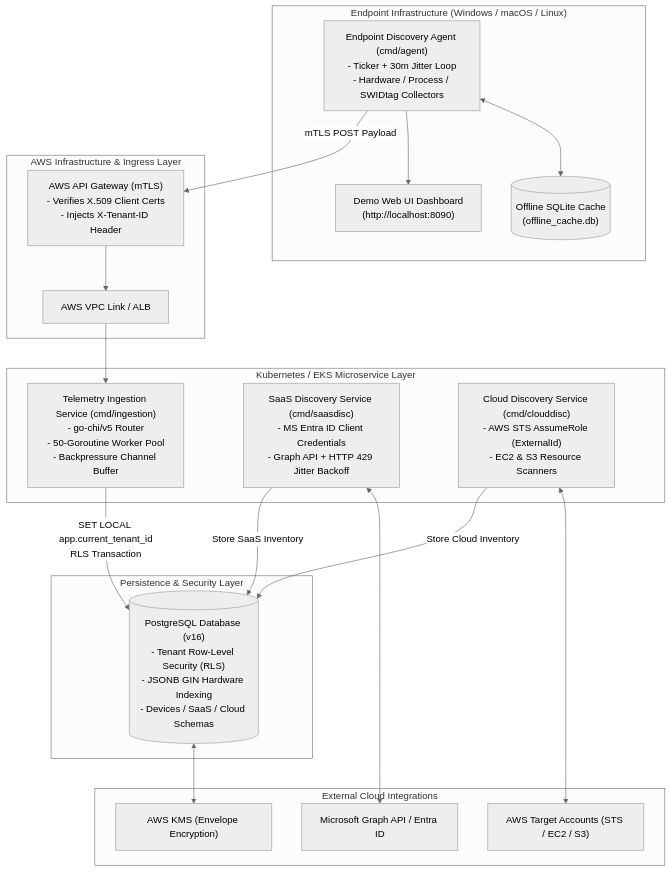
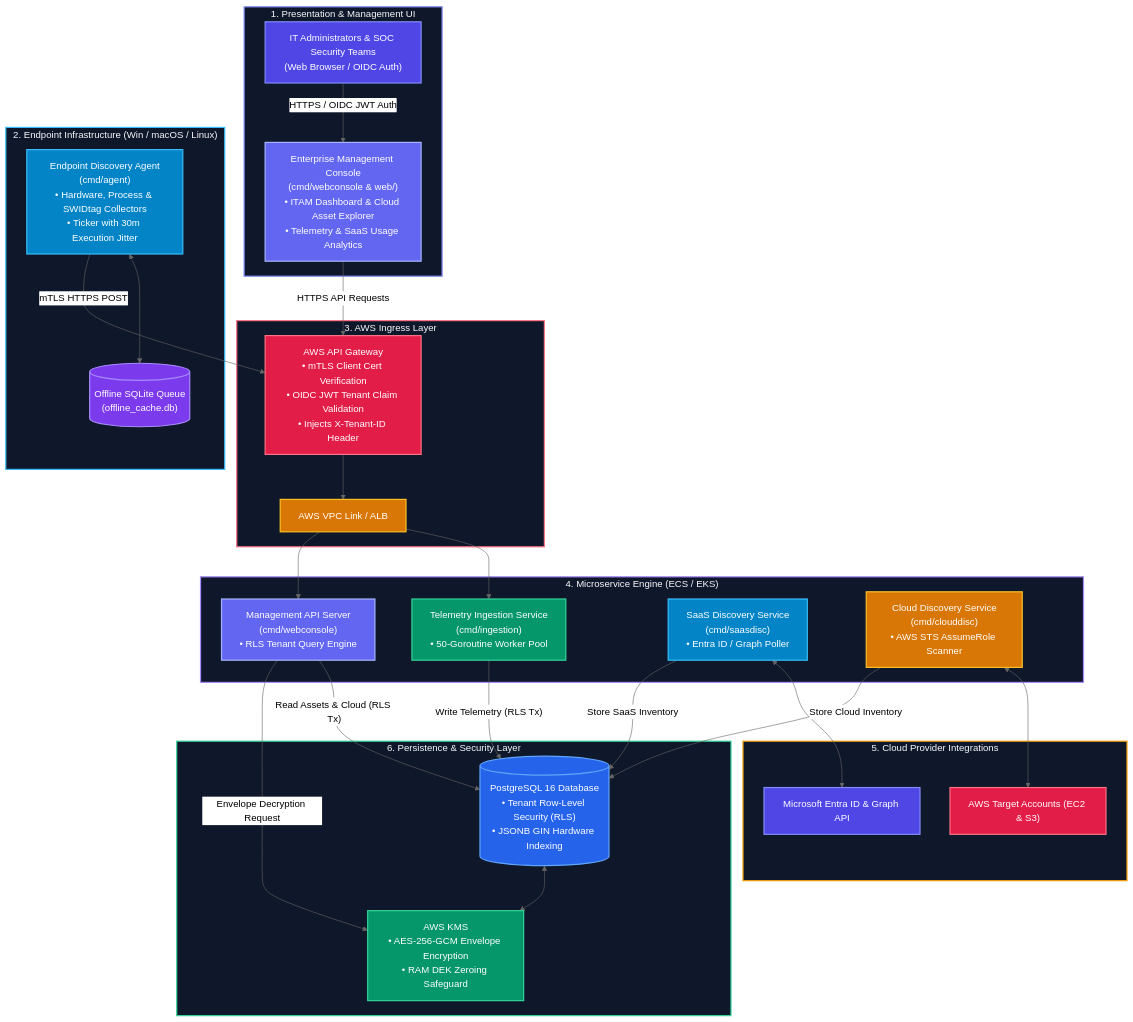
One commit to pragasamm/TertiusEye changed the diagram in README.md. Above: the diagram before and after it, drawn with Mermaid (neutral theme). The commit also changed 7 other files, not shown here.

````diff
--- a/README.md
+++ b/README.md
@@ -20,41 +20,53 @@
 ```mermaid
 flowchart TB
-    subgraph Endpoints["Endpoint Infrastructure (Windows / macOS / Linux)"]
-        AgentDaemon["Endpoint Discovery Agent (cmd/agent)\n- Ticker + 30m Jitter Loop\n- Hardware / Process / SWIDtag Collectors"]
-        SQLiteCache[("Offline SQLite Cache\n(offline_cache.db)")]
-        LocalUI["Demo Web UI Dashboard\n(http://localhost:8090)"]
+    %% --- Subgraphs ---
+    subgraph Presentation["1. Presentation & Management UI"]
+        UserBrowser["IT Administrators & SOC Security Teams<br/>(Web Browser / OIDC Auth)"]
+        ManagementConsole["Enterprise Management Console<br/>(cmd/webconsole & web/)<br/>• ITAM Dashboard & Cloud Asset Explorer<br/>• Telemetry & SaaS Usage Analytics"]
 
-        AgentDaemon <--> SQLiteCache
-        AgentDaemon --> LocalUI
+        UserBrowser -- "HTTPS / OIDC JWT Auth" --> ManagementConsole
     end
 
-    subgraph Ingress["AWS Infrastructure & Ingress Layer"]
-        APIGateway["AWS API Gateway (mTLS)\n- Verifies X.509 Client Certs\n- Injects X-Tenant-ID Header"]
+    subgraph Endpoints["2. Endpoint Infrastructure (Win / macOS / Linux)"]
+        AgentDaemon["Endpoint Discovery Agent<br/>(cmd/agent)<br/>• Hardware, Process & SWIDtag Collectors<br/>• Ticker with 30m Execution Jitter"]
+        SQLiteCache[("Offline SQLite Queue<br/>(offline_cache.db)")]
+        
+        AgentDaemon <--> SQLiteCache
+    end
+
+    subgraph Ingress["3. AWS Ingress Layer"]
+        APIGateway["AWS API Gateway<br/>• mTLS Client Cert Verification<br/>• OIDC JWT Tenant Claim Validation<br/>• Injects X-Tenant-ID Header"]
         VPCLink["AWS VPC Link / ALB"]
         
         APIGateway --> VPCLink
     end
 
-    subgraph Microservices["Kubernetes / EKS Microservice Layer"]
-        IngestionSvc["Telemetry Ingestion Service (cmd/ingestion)\n- go-chi/v5 Router\n- 50-Goroutine Worker Pool\n- Backpressure Channel Buffer"]
-        SaaSDiscSvc["SaaS Discovery Service (cmd/saasdisc)\n- MS Entra ID Client Credentials\n- Graph API + HTTP 429 Jitter Backoff"]
-        CloudDiscSvc["Cloud Discovery Service (cmd/clouddisc)\n- AWS STS AssumeRole (ExternalId)\n- EC2 & S3 Resource Scanners"]
+    subgraph Microservices["4. Microservice Engine (ECS / EKS)"]
+        IngestionSvc["Telemetry Ingestion Service<br/>(cmd/ingestion)<br/>• 50-Goroutine Worker Pool"]
+        WebConsoleSvc["Management API Server<br/>(cmd/webconsole)<br/>• RLS Tenant Query Engine"]
+        SaaSDiscSvc["SaaS Discovery Service<br/>(cmd/saasdisc)<br/>• Entra ID / Graph Poller"]
+        CloudDiscSvc["Cloud Discovery Service<br/>(cmd/clouddisc)<br/>• AWS STS AssumeRole Scanner"]
     end
 
-    subgraph ExternalServices["External Cloud Integrations"]
-        MSGraph["Microsoft Graph API / Entra ID"]
-        AWSSTS["AWS Target Accounts (STS / EC2 / S3)"]
-        AWSKMS["AWS KMS (Envelope Encryption)"]
+    subgraph ExternalServices["5. Cloud Provider Integrations"]
+        MSGraph["Microsoft Entra ID & Graph API"]
+        AWSSTS["AWS Target Accounts (EC2 & S3)"]
     end
 
-    subgraph Persistence["Persistence & Security Layer"]
-        PostgreSQL[("PostgreSQL Database (v16)\n- Tenant Row-Level Security (RLS)\n- JSONB GIN Hardware Indexing\n- Devices / SaaS / Cloud Schemas")]
+    subgraph Persistence["6. Persistence & Security Layer"]
+        PostgreSQL[("PostgreSQL 16 Database<br/>• Tenant Row-Level Security (RLS)<br/>• JSONB GIN Hardware Indexing")]
+        AWSKMS["AWS KMS<br/>• AES-256-GCM Envelope Encryption<br/>• RAM DEK Zeroing Safeguard"]
     end
 
-    %% Flow Connections
-    AgentDaemon -- "mTLS POST Payload" --> APIGateway
+    %% --- Flow Connections ---
+    AgentDaemon -- "mTLS HTTPS POST" --> APIGateway
+    ManagementConsole -- "HTTPS API Requests" --> APIGateway
+    
     VPCLink --> IngestionSvc
-    IngestionSvc -- "SET LOCAL app.current_tenant_id\nRLS Transaction" --> PostgreSQL
+    VPCLink --> WebConsoleSvc
+    
+    IngestionSvc -- "Write Telemetry (RLS Tx)" --> PostgreSQL
+    WebConsoleSvc -- "Read Assets & Cloud (RLS Tx)" --> PostgreSQL
     
     SaaSDiscSvc <--> MSGraph
     SaaSDiscSvc -- "Store SaaS Inventory" --> PostgreSQL
@@ -63,4 +75,28 @@
     CloudDiscSvc -- "Store Cloud Inventory" --> PostgreSQL
 
     PostgreSQL <--> AWSKMS
+    WebConsoleSvc -- "Envelope Decryption Request" --> AWSKMS
+
+    %% --- Modern Color Styling ---
+    style Presentation fill:#0f172a,stroke:#818cf8,stroke-width:2px,color:#f8fafc
+    style Endpoints fill:#0f172a,stroke:#38bdf8,stroke-width:2px,color:#f8fafc
+    style Ingress fill:#0f172a,stroke:#fb7185,stroke-width:2px,color:#f8fafc
+    style Microservices fill:#0f172a,stroke:#a78bfa,stroke-width:2px,color:#f8fafc
+    style ExternalServices fill:#0f172a,stroke:#f59e0b,stroke-width:2px,color:#f8fafc
+    style Persistence fill:#0f172a,stroke:#34d399,stroke-width:2px,color:#f8fafc
+
+    style UserBrowser fill:#4f46e5,stroke:#818cf8,stroke-width:2px,color:#ffffff
+    style ManagementConsole fill:#6366f1,stroke:#a5b4fc,stroke-width:2px,color:#ffffff
+    style AgentDaemon fill:#0284c7,stroke:#38bdf8,stroke-width:2px,color:#ffffff
+    style SQLiteCache fill:#7c3aed,stroke:#a78bfa,stroke-width:2px,color:#ffffff
+    style APIGateway fill:#e11d48,stroke:#fb7185,stroke-width:2px,color:#ffffff
+    style VPCLink fill:#d97706,stroke:#fbbf24,stroke-width:2px,color:#ffffff
+    style IngestionSvc fill:#059669,stroke:#34d399,stroke-width:2px,color:#ffffff
+    style SaaSDiscSvc fill:#0284c7,stroke:#38bdf8,stroke-width:2px,color:#ffffff
+    style CloudDiscSvc fill:#d97706,stroke:#fbbf24,stroke-width:2px,color:#ffffff
+    style WebConsoleSvc fill:#6366f1,stroke:#a5b4fc,stroke-width:2px,color:#ffffff
+    style MSGraph fill:#4f46e5,stroke:#818cf8,stroke-width:2px,color:#ffffff
+    style AWSSTS fill:#e11d48,stroke:#fb7185,stroke-width:2px,color:#ffffff
+    style AWSKMS fill:#059669,stroke:#34d399,stroke-width:2px,color:#ffffff
+    style PostgreSQL fill:#2563eb,stroke:#60a5fa,stroke-width:2px,color:#ffffff
 ```
````
